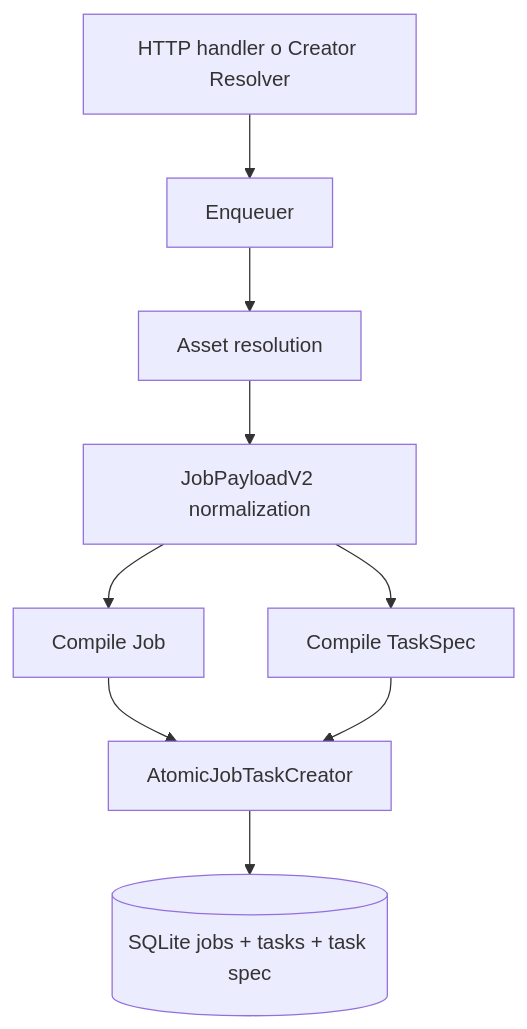
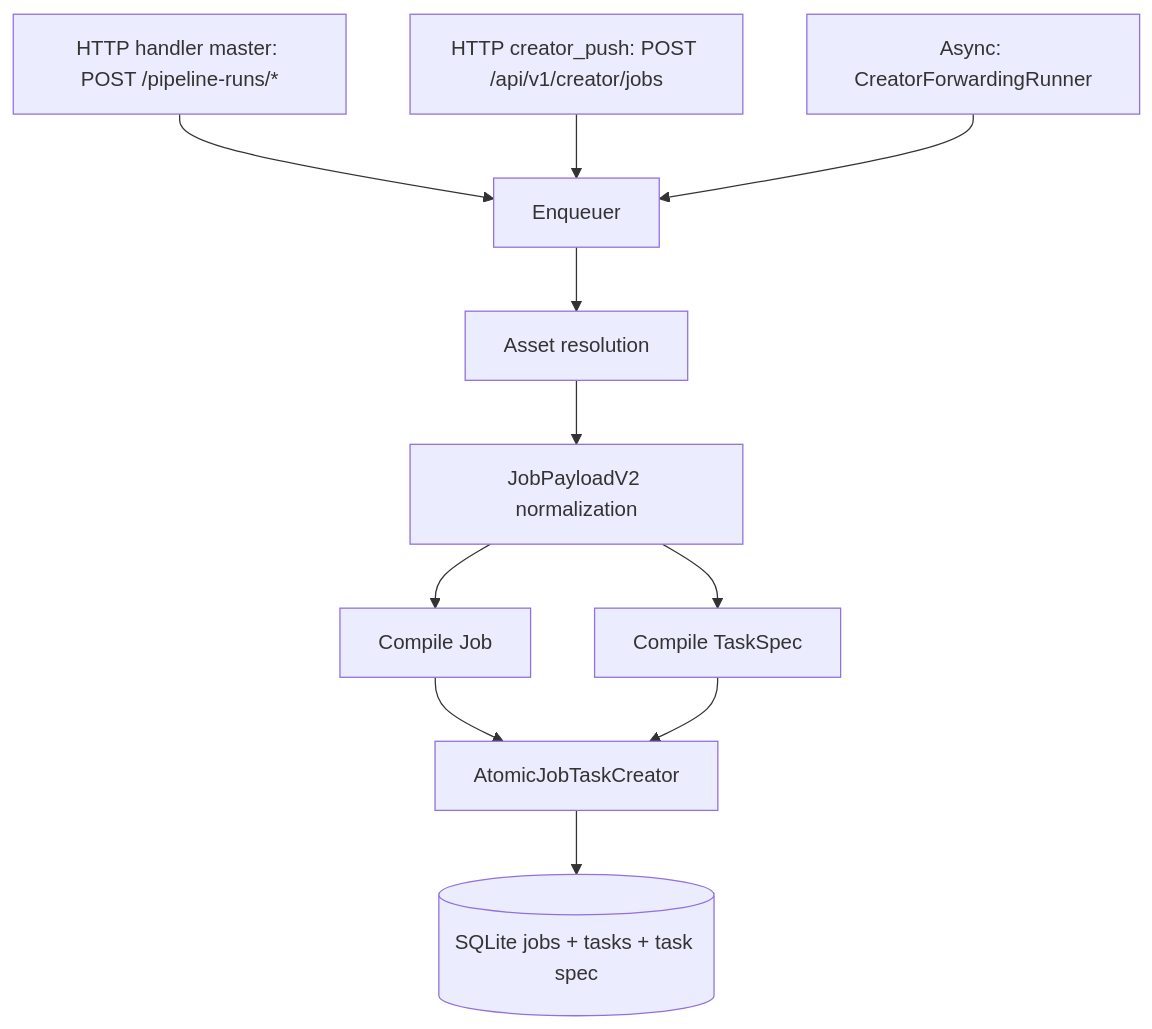
The first of 3 diagrams in docs/architecture/current-architecture.md (Marcuss-ops/VeloxEditiingg), drawn with Mermaid before and after one commit. The commit also changed other lines of this file and 2 other files, not shown here.

First line of the commit message:
docs(architecture+creator-push+changelog): document creator_push intake + single-writer invariant

````diff
--- a/docs/architecture/current-architecture.md
+++ b/docs/architecture/current-architecture.md
@@ -25,11 +34,13 @@
 ```mermaid
 flowchart TD
-    A[HTTP handler o Creator Resolver] --> B[Enqueuer]
+    A1[HTTP handler master: POST /pipeline-runs/*] --> B[Enqueuer]
+    A2[HTTP creator_push: POST /api/v1/creator/jobs] --> B
+    A3[Async: CreatorForwardingRunner] --> B
     B --> C[Asset resolution]
     C --> D[JobPayloadV2 normalization]
     D --> E[Compile Job]
     D --> F[Compile TaskSpec]
     E --> G[AtomicJobTaskCreator]
     F --> G
     G --> H[(SQLite jobs + tasks + task spec)]
 ```
````
